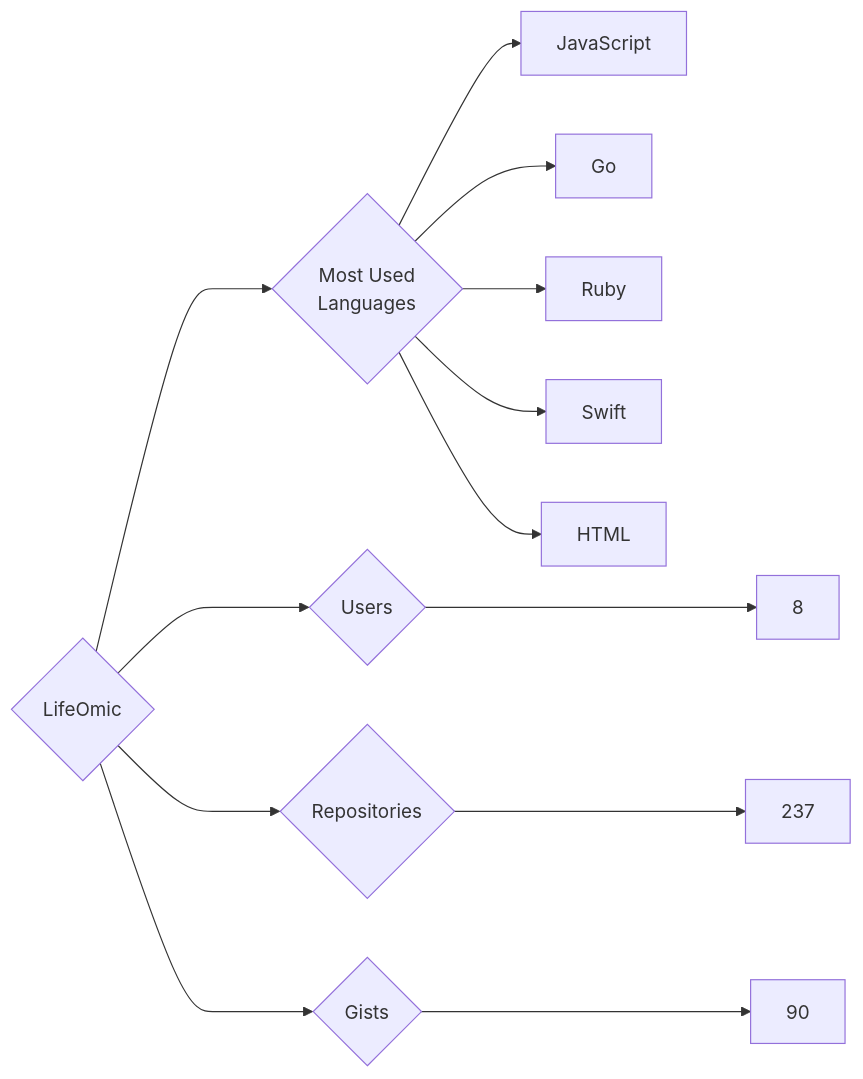
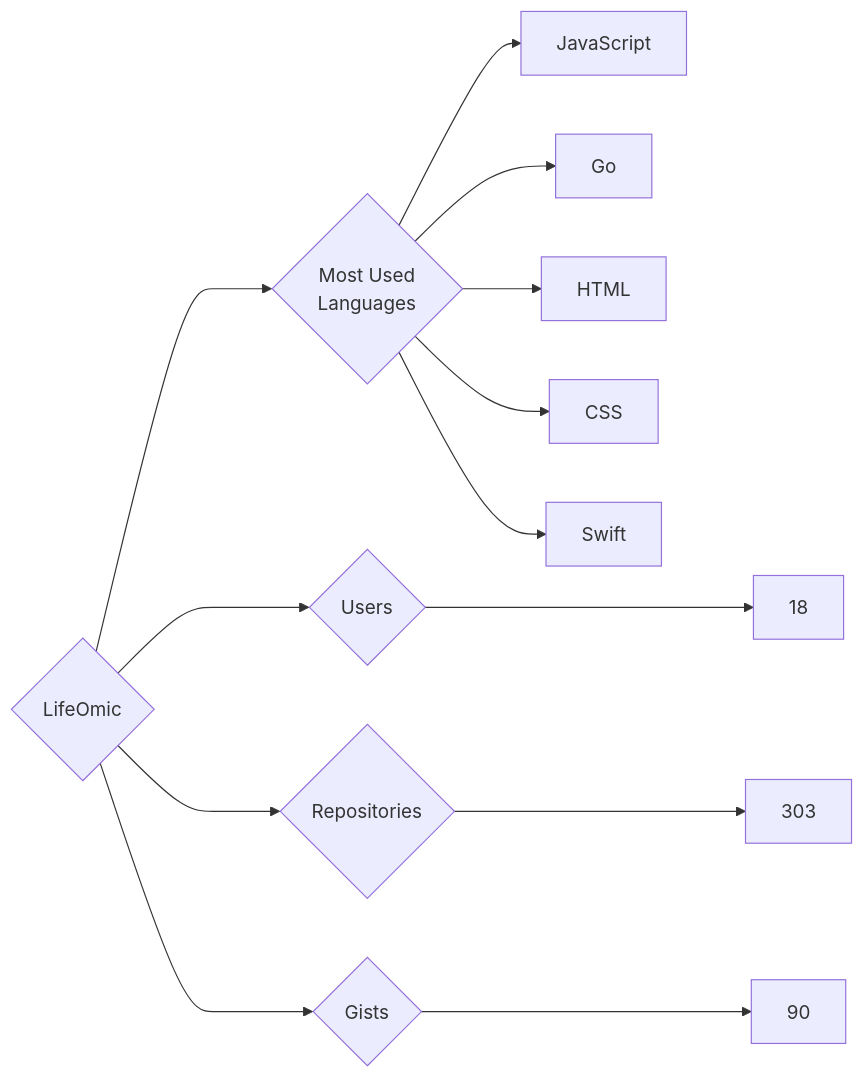
One commit to trickest/insiders changed the diagram in targets/LifeOmic/README.md. Above: the diagram before and after it, drawn with Mermaid. The commit also changed 775 other files, not shown here.

````diff
--- a/targets/LifeOmic/README.md
+++ b/targets/LifeOmic/README.md
@@ -3,13 +3,13 @@
 ```mermaid
 graph LR
 COMPANY_NAME{LifeOmic}
-COMPANY_NAME ---> U{Users} ---> UN[8]
-COMPANY_NAME ---> R{Repositories} ---> RN[237]
+COMPANY_NAME ---> U{Users} ---> UN[18]
+COMPANY_NAME ---> R{Repositories} ---> RN[303]
 COMPANY_NAME ---> G{Gists} ---> GN[90]
 COMPANY_NAME ---> ML{Most Used<br>Languages}
 ML --> JavaScript[JavaScript]
 ML --> Go[Go]
-ML --> Ruby[Ruby]
+ML --> HTML[HTML]
+ML --> CSS[CSS]
 ML --> Swift[Swift]
-ML --> HTML[HTML]
 ```
````
